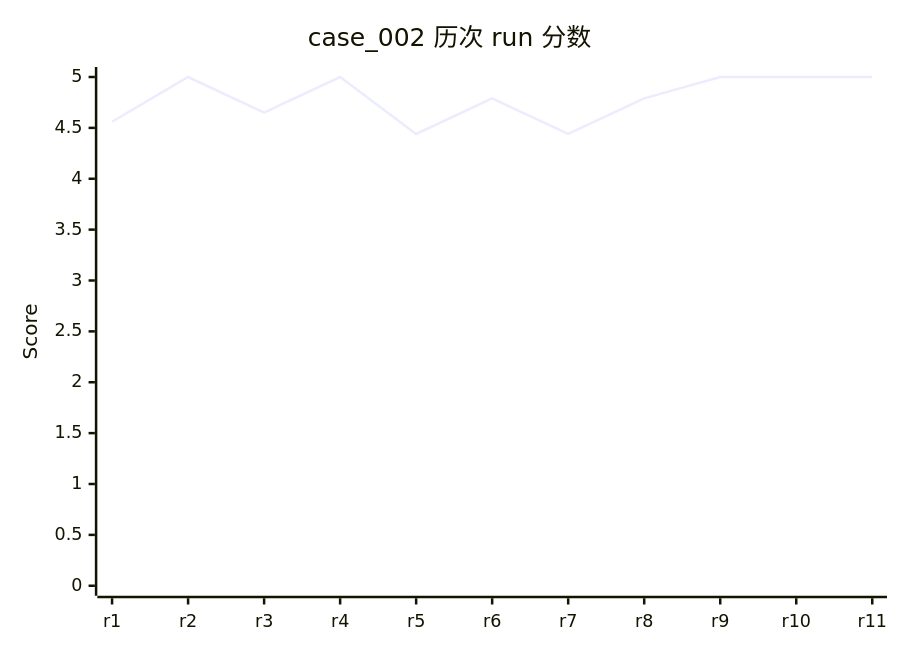
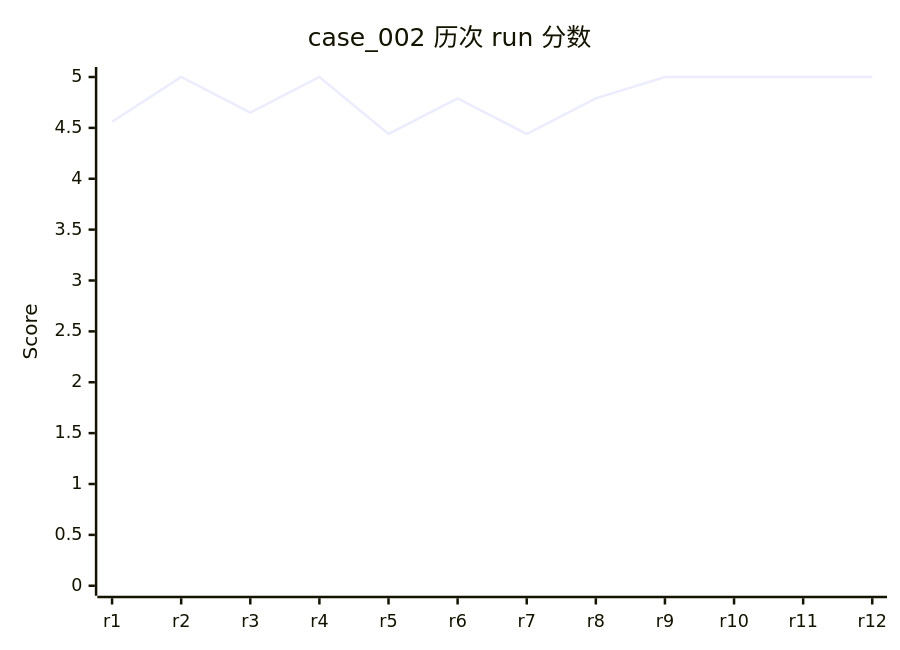
Before and after one commit to rushengzhou/sid-code: the ninth of 58 diagrams in evals/DASHBOARD.md, drawn with Mermaid. The commit also changed other lines of this file and 108 other files, not shown here.

````diff
--- a/evals/DASHBOARD.md
+++ b/evals/DASHBOARD.md
@@ -263,7 +264,7 @@
 ```mermaid
 xychart-beta
     title "case_002 历次 run 分数"
-    x-axis [r1, r2, r3, r4, r5, r6, r7, r8, r9, r10, r11]
+    x-axis [r1, r2, r3, r4, r5, r6, r7, r8, r9, r10, r11, r12]
     y-axis "Score" 0 --> 5
-    line [4.56, 5.00, 4.65, 5.00, 4.44, 4.79, 4.44, 4.79, 5.00, 5.00, 5.00]
+    line [4.56, 5.00, 4.65, 5.00, 4.44, 4.79, 4.44, 4.79, 5.00, 5.00, 5.00, 5.00]
 ```
````
